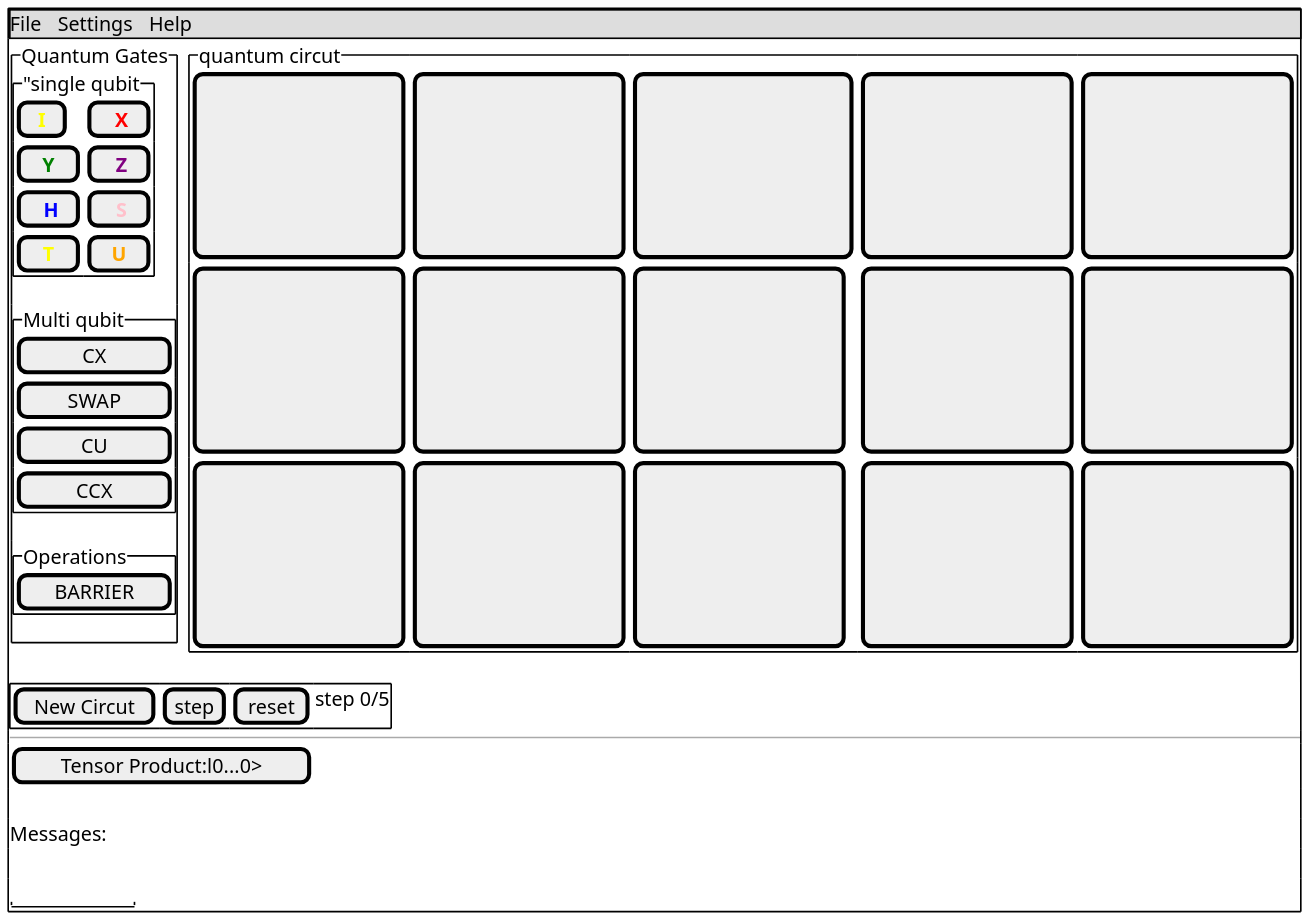
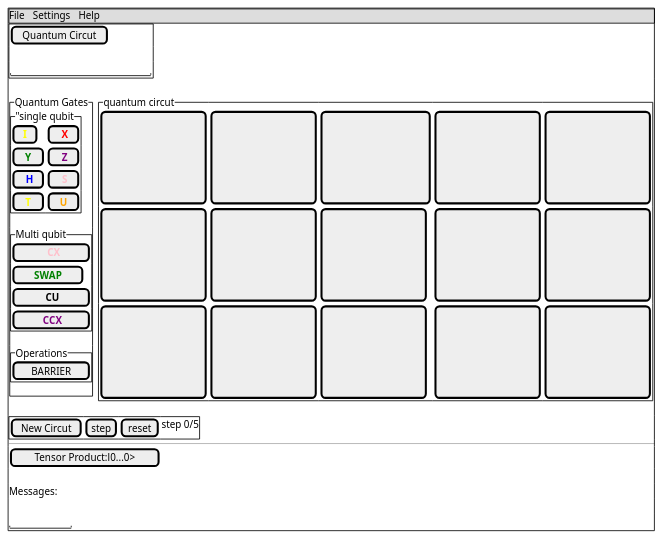
The diagram in test.puml (EricLi451/cst8221JavaApplication), drawn with PlantUML before and after one commit. The commit also changed 5 other files, not shown here.

```diff
--- a/test.puml
+++ b/test.puml
@@ -1,39 +1,43 @@
 @startsalt
  {+
  {* File | Settings | Help }
- scale 2
- 
+{+
+[Quantum Circut]
+ .
+"                     "
+ }
+ .
   {{^"Quantum Gates"
 
  {^"single qubit
  [ <b><color:yellow>I ]|[<b><color:red> X  ] 
  [ <b><color:green>Y  ]|[<b><color:purple> Z  ]
  [<b><color:blue> H  ]|[<b><color:pink> S  ]
  [ <b><color:yellow>T  ]|[ <b><color:orange>U  ]
  }
  {^"Multi qubit"
- [    CX     ] 
- [   SWAP    ]
- [   CU      ] 
- [   CCX     ]  
+ [  <b><color:pink>  CX     ] 
+ [  <b><color:green>SWAP    ]
+ [  <b><color:darkpink> CU      ] 
+ [  <b><color:purple> CCX     ]  
  }
  {^"Operations"
  [   BARRIER ]
  }}|.|{^"quantum circut"
  [<size 79>      </size>]|[<size 79>      </size>]| [<size 79 >      </size>]|[<size 79>      </size>]|[<size 79>      </size>]
 |[<size 79>      </size>]|[<size 79>      </size>]| [<size 79>      </size>]|[<size 79>      </size>]|[<size 79>      </size>]
 |[<size 79>      </size>]|[<size 79>      </size>]| [<size 79>      </size>]|[<size 79>      </size>]|[<size 79>      </size>]
  }}
 
  {^
 [New Circut]|[step]|[reset]|step 0/5
  }
  --
  [Tensor Product:l0...0>]
  .
  Messages:
  .
  "         "
  }
  
  @endsalt
```
